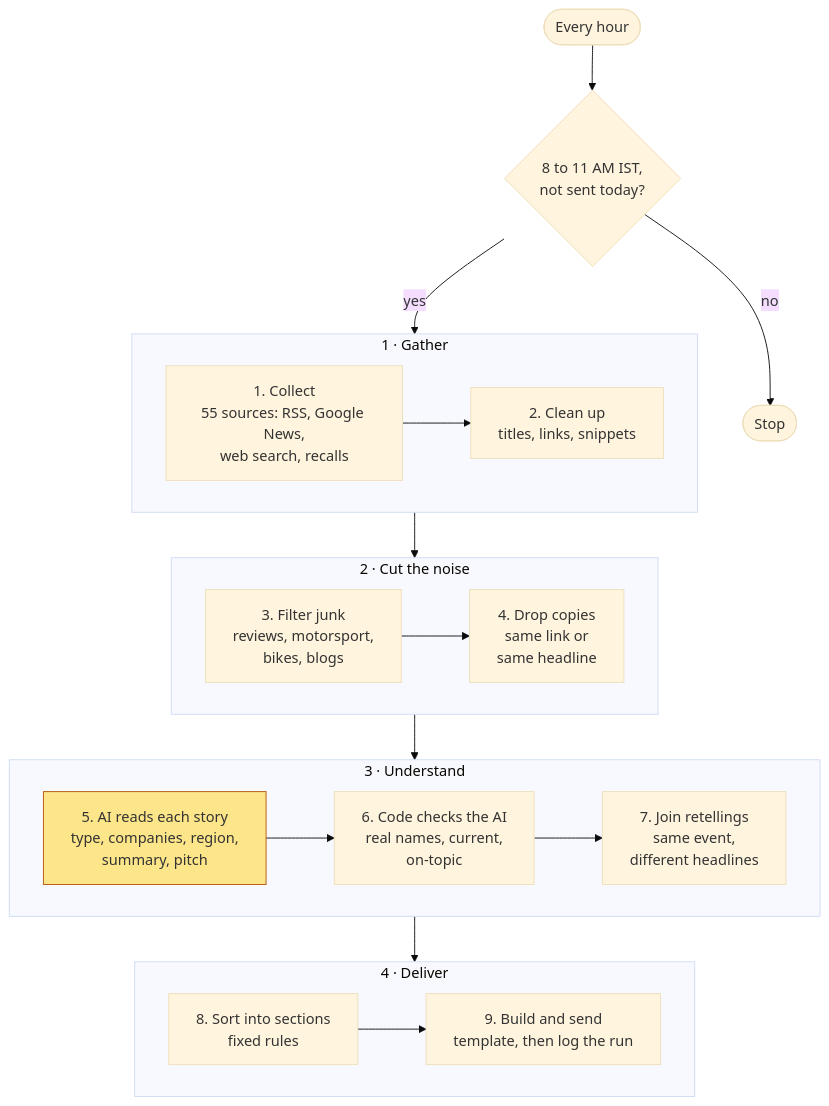
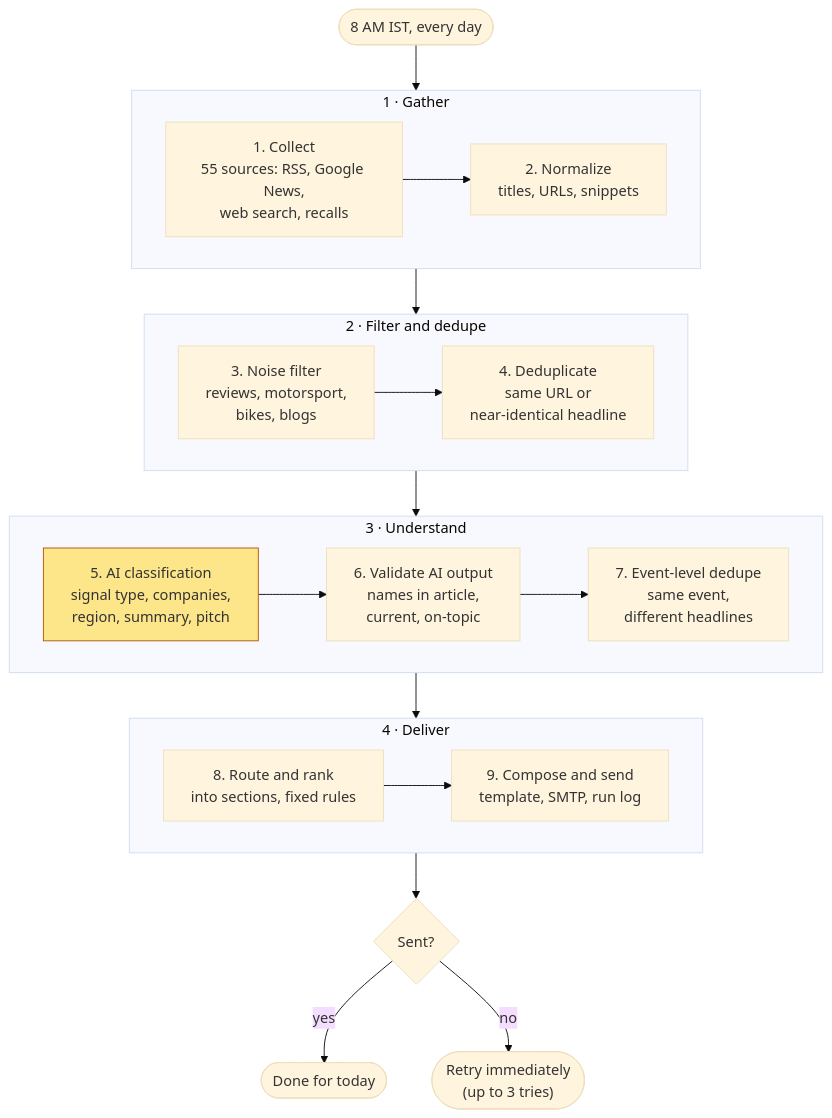
The diagram in docs/workflow-design.md (shushrut-builder/auto-news-tracker), drawn with Mermaid (base theme) before and after one commit. The commit also changed other lines of this file and 5 other files, not shown here.

First line of the commit message:
Retry a failed send immediately; rework the design doc trade-offs and workflow

````diff
--- a/docs/workflow-design.md
+++ b/docs/workflow-design.md
@@ -68,30 +59,31 @@
 ```mermaid
 flowchart TB
-  T([Every hour]) --> D{8 to 11 AM IST,<br/>not sent today?}
-  D -- no --> X([Stop])
-  D -- yes --> G
+  T([8 AM IST, every day]) --> G
 
   subgraph G["1 · Gather"]
     direction LR
-    C["1. Collect<br/>55 sources: RSS, Google News,<br/>web search, recalls"] --> CL["2. Clean up<br/>titles, links, snippets"]
+    C["1. Collect<br/>55 sources: RSS, Google News,<br/>web search, recalls"] --> CL["2. Normalize<br/>titles, URLs, snippets"]
   end
 
-  subgraph N["2 · Cut the noise"]
+  subgraph N["2 · Filter and dedupe"]
     direction LR
-    F["3. Filter junk<br/>reviews, motorsport,<br/>bikes, blogs"] --> U["4. Drop copies<br/>same link or<br/>same headline"]
+    F["3. Noise filter<br/>reviews, motorsport,<br/>bikes, blogs"] --> U["4. Deduplicate<br/>same URL or<br/>near-identical headline"]
   end
 
   subgraph R["3 · Understand"]
     direction LR
-    A["5. AI reads each story<br/>type, companies, region,<br/>summary, pitch"] --> V["6. Code checks the AI<br/>real names, current,<br/>on-topic"] --> M["7. Join retellings<br/>same event,<br/>different headlines"]
+    A["5. AI classification<br/>signal type, companies,<br/>region, summary, pitch"] --> V["6. Validate AI output<br/>names in article,<br/>current, on-topic"] --> M["7. Event-level dedupe<br/>same event,<br/>different headlines"]
   end
 
   subgraph O["4 · Deliver"]
     direction LR
-    S["8. Sort into sections<br/>fixed rules"] --> E["9. Build and send<br/>template, then log the run"]
+    S["8. Route and rank<br/>into sections, fixed rules"] --> E["9. Compose and send<br/>template, SMTP, run log"]
   end
 
   G --> N --> R --> O
+  O --> D{Sent?}
+  D -- yes --> X([Done for today])
+  D -- no --> RT(["Retry immediately<br/>(up to 3 tries)"])
 
   style A fill:#fde68a,stroke:#b45309
 ```
````
